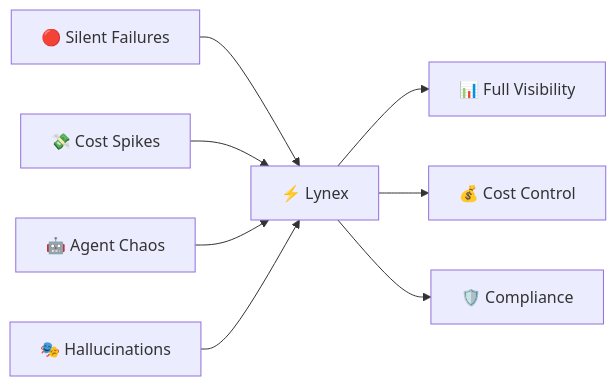
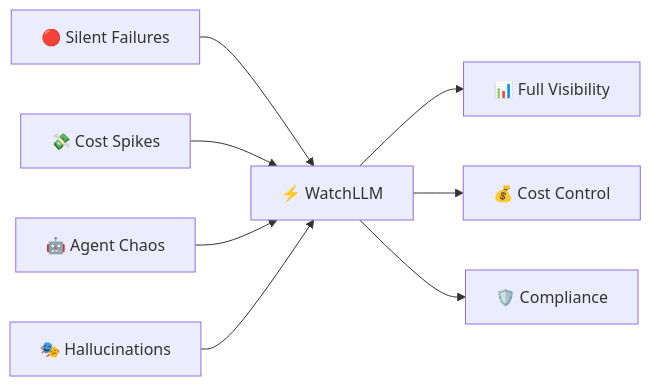
Before and after one commit to kaadipranav/kaadipranav: the diagram in README.md, drawn with Mermaid. The commit also changed other lines of this file, not shown here.

Commit message:
Update README for WatchLLM branding and links

````diff
--- a/README.md
+++ b/README.md
@@ -36,10 +36,10 @@
 ```mermaid
 graph LR
-    A[🔴 Silent Failures] --> E[⚡ Lynex]
+    A[🔴 Silent Failures] --> E[⚡ WatchLLM]
     B[💸 Cost Spikes] --> E
     C[🤖 Agent Chaos] --> E
     D[🎭 Hallucinations] --> E
     E --> F[📊 Full Visibility]
     E --> G[💰 Cost Control]
     E --> H[🛡️ Compliance]
 ```
````
